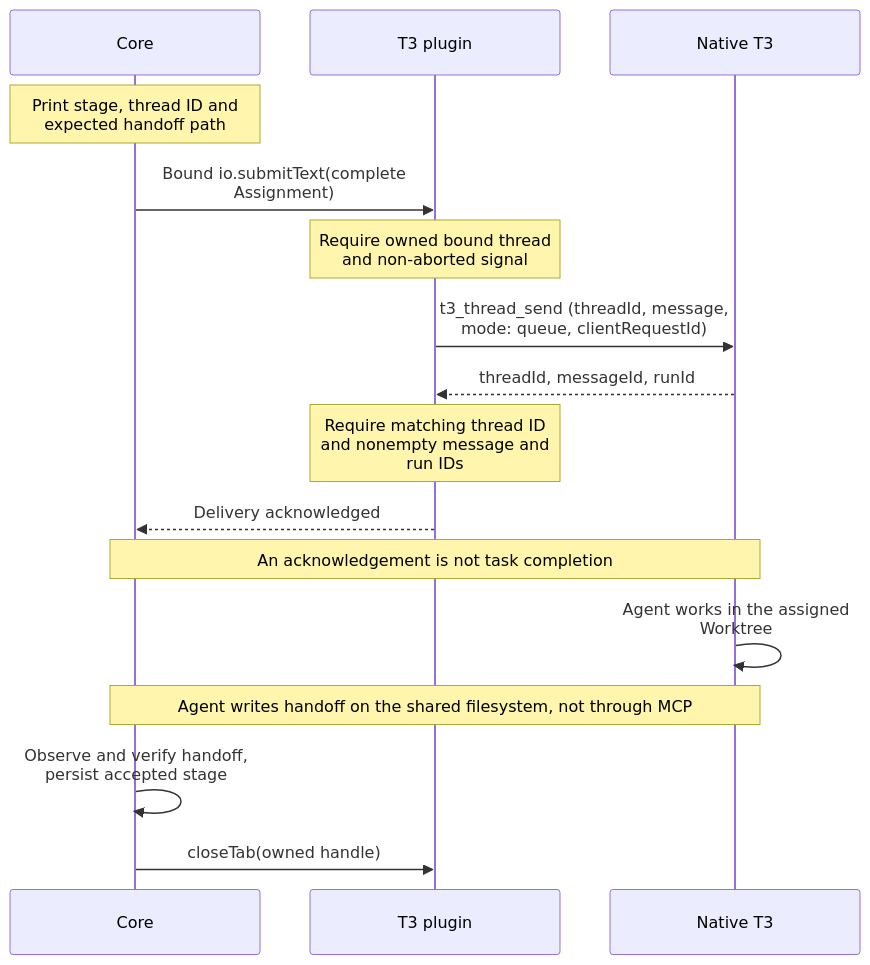
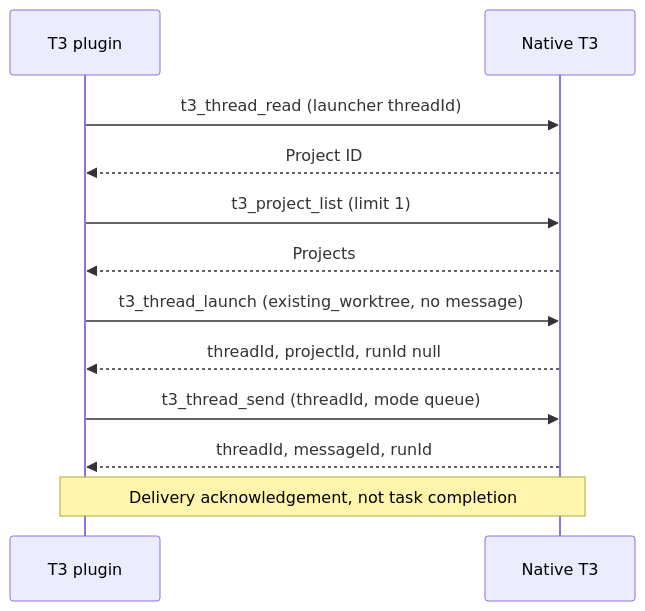
The third of 7 diagrams in docs/t3-protocol.md (BuddyLabsCo/issue-runner-t3), drawn with Mermaid before and after one commit. The commit also changed other lines of this file and 2 other files, not shown here.

````diff
--- a/docs/t3-protocol.md
+++ b/docs/t3-protocol.md
@@ -154,19 +82,14 @@
 ```mermaid
-%%{init: {"sequence": {"width": 250, "wrap": true}}}%%
 sequenceDiagram
-    participant C as Core
     participant P as T3 plugin
-    participant N as Native T3
-    Note over C: Print stage, thread ID and expected handoff path
-    C->>P: Bound io.submitText(complete Assignment)
-    Note over P: Require owned bound thread and non-aborted signal
-    P->>N: t3_thread_send (threadId, message, mode: queue, clientRequestId)
-    N-->>P: threadId, messageId, runId
-    Note over P: Require matching thread ID and nonempty message and run IDs
-    P-->>C: Delivery acknowledged
-    Note over C,N: An acknowledgement is not task completion
-    N->>N: Agent works in the assigned Worktree
-    Note over N,C: Agent writes handoff on the shared filesystem, not through MCP
-    C->>C: Observe and verify handoff, persist accepted stage
-    C->>P: closeTab(owned handle)
+    participant T as Native T3
+    P->>T: t3_thread_read (launcher threadId)
+    T-->>P: Project ID
+    P->>T: t3_project_list (limit 1)
+    T-->>P: Projects
+    P->>T: t3_thread_launch (existing_worktree, no message)
+    T-->>P: threadId, projectId, runId null
+    P->>T: t3_thread_send (threadId, mode queue)
+    T-->>P: threadId, messageId, runId
+    Note over P,T: Delivery acknowledgement, not task completion
 ```
````
